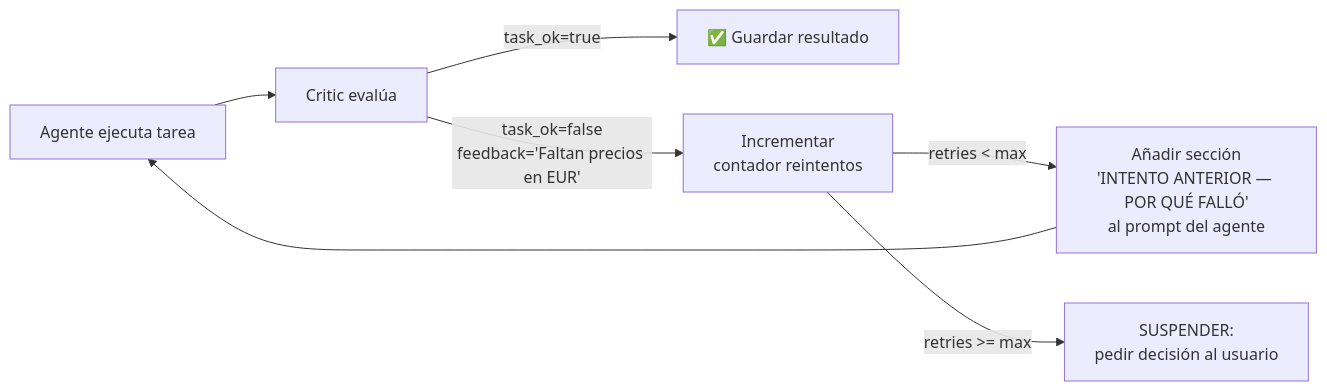
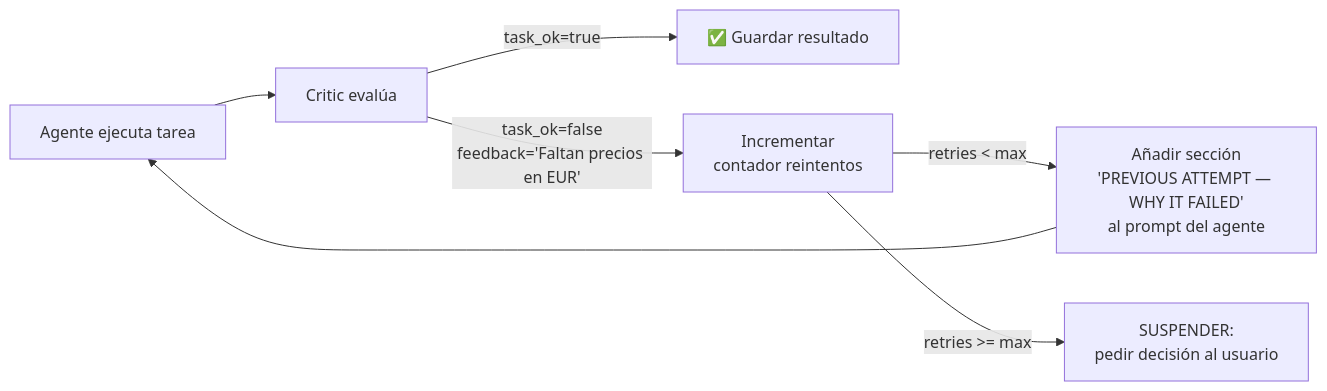
One commit to Startti/colmena changed the seventh of 8 diagrams in docs/developer_guide/20_orchestrator_architecture.md. Above: the diagram before and after it, drawn with Mermaid. The commit also changed other lines of this file and 27 other files, not shown here.

````diff
--- a/docs/developer_guide/20_orchestrator_architecture.md
+++ b/docs/developer_guide/20_orchestrator_architecture.md
@@ -332,9 +332,9 @@
 ```mermaid
 flowchart LR
     AGENT[Agente ejecuta tarea] --> CRITIC[Critic evalúa]
     CRITIC -->|task_ok=true| OK[✅ Guardar resultado]
     CRITIC -->|task_ok=false\nfeedback='Faltan precios en EUR'| COUNT[Incrementar\ncontador reintentos]
-    COUNT -->|retries < max| RETRY_PROMPT[Añadir sección\n'INTENTO ANTERIOR — POR QUÉ FALLÓ'\nal prompt del agente]
+    COUNT -->|retries < max| RETRY_PROMPT[Añadir sección\n'PREVIOUS ATTEMPT — WHY IT FAILED'\nal prompt del agente]
     RETRY_PROMPT --> AGENT
     COUNT -->|retries >= max| SUSPEND[SUSPENDER:\npedir decisión al usuario]
 ```
````
